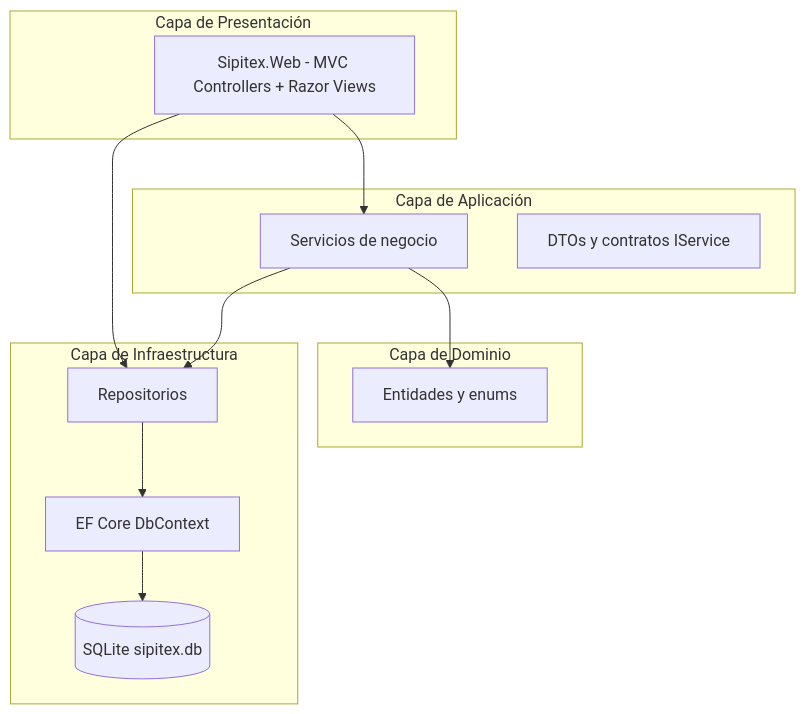
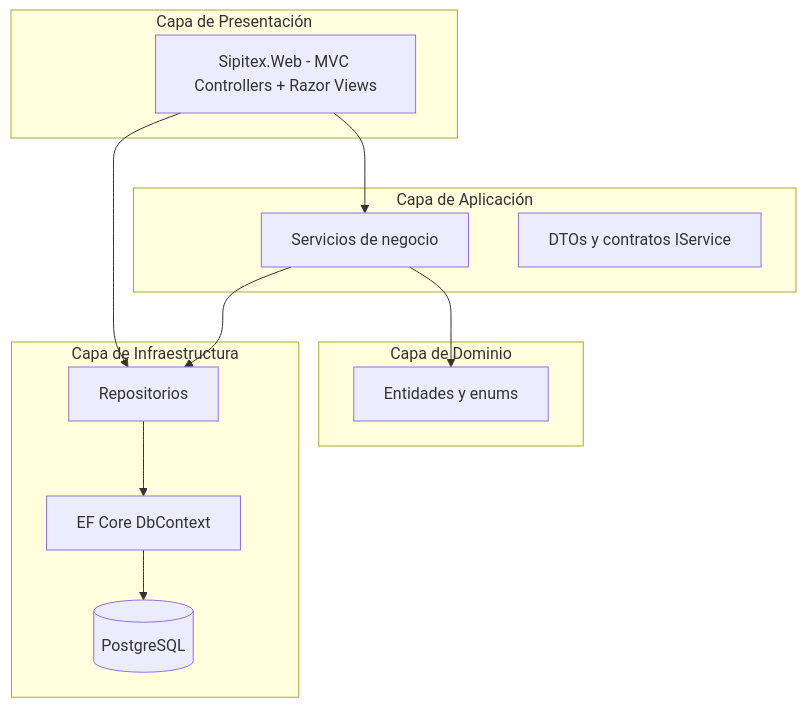
One commit to COSTEsincelejo/-SIPITEX changed the first of 2 diagrams in docs/02-Diseno.md. Above: the diagram before and after it, drawn with Mermaid. The commit also changed 87 other files, not shown here.

First line of the commit message:
feat: migrar EF Core de SQLite a PostgreSQL

````diff
--- a/docs/02-Diseno.md
+++ b/docs/02-Diseno.md
@@ -5,24 +5,24 @@
 ```mermaid
 flowchart TB
     subgraph presentation [Capa de Presentación]
         Web[Sipitex.Web - MVC Controllers + Razor Views]
     end
     subgraph application [Capa de Aplicación]
         Services[Servicios de negocio]
         DTOs[DTOs y contratos IService]
     end
     subgraph domain [Capa de Dominio]
         Entities[Entidades y enums]
     end
     subgraph infrastructure [Capa de Infraestructura]
         EF[EF Core DbContext]
         Repo[Repositorios]
-        DB[(SQLite sipitex.db)]
+        DB[(PostgreSQL)]
     end
     Web --> Services
     Web --> Repo
     Services --> Entities
     Services --> Repo
     Repo --> EF
     EF --> DB
 ```
````
